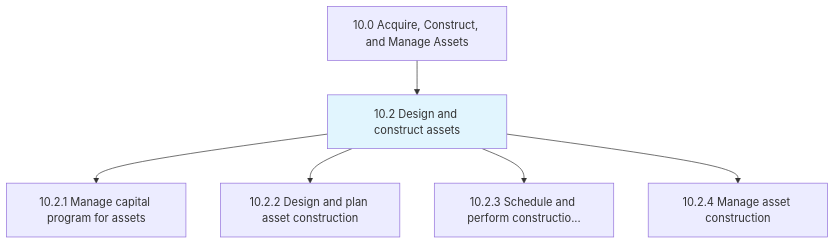
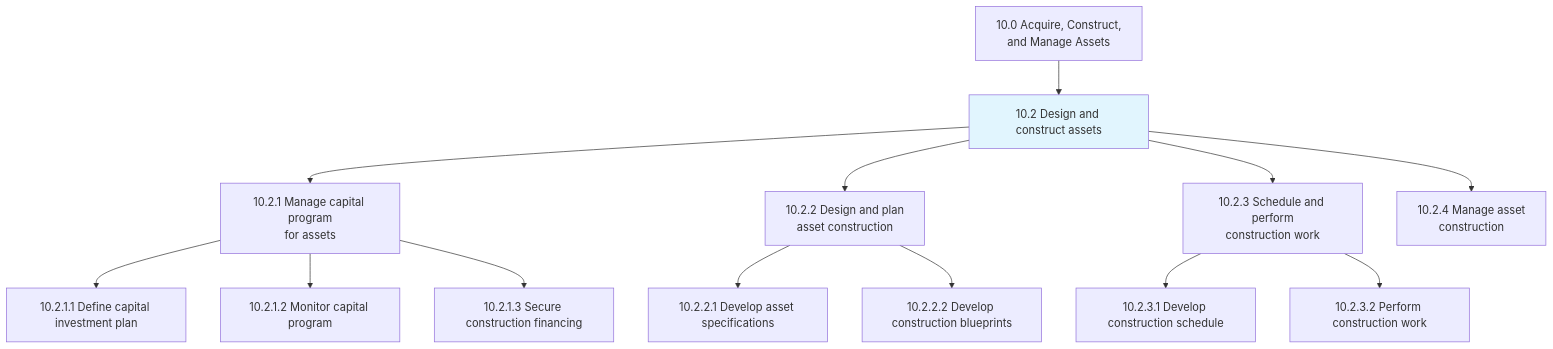
Before and after one commit to kziemski/business.org.ai: the first of 3 diagrams in processes/10-Assets/10.2-DesignConstructAssets/index.mdx, drawn with Mermaid. The commit also changed other lines of this file and 885 other files, not shown here.

````diff
--- a/processes/10-Assets/10.2-DesignConstructAssets/index.mdx
+++ b/processes/10-Assets/10.2-DesignConstructAssets/index.mdx
@@ -25,10 +25,21 @@
 ```mermaid
 graph TD
-    C10["10.0 Acquire, Construct, and Manage Assets"]
-    C10 --> N10_2["10.2 Design and construct assets"]
-    style N10_2 fill:#e1f5fe
-    N10_2 --> N10_2_1["10.2.1 Manage capital program for assets"]
-    N10_2 --> N10_2_2["10.2.2 Design and plan asset construction"]
-    N10_2 --> N10_2_3["10.2.3 Schedule and perform constructio..."]
-    N10_2 --> N10_2_4["10.2.4 Manage asset construction"]
+    C10["10.0 Acquire, Construct,<br/>and Manage Assets"] --> G102["10.2 Design and construct assets"]
+
+    G102 --> P1021["10.2.1 Manage capital program<br/>for assets"]
+    G102 --> P1022["10.2.2 Design and plan<br/>asset construction"]
+    G102 --> P1023["10.2.3 Schedule and perform<br/>construction work"]
+    G102 --> P1024["10.2.4 Manage asset<br/>construction"]
+
+    P1021 --> A10211["10.2.1.1 Define capital investment plan"]
+    P1021 --> A10212["10.2.1.2 Monitor capital program"]
+    P1021 --> A10213["10.2.1.3 Secure construction financing"]
+
+    P1022 --> A10221["10.2.2.1 Develop asset specifications"]
+    P1022 --> A10222["10.2.2.2 Develop construction blueprints"]
+
+    P1023 --> A10231["10.2.3.1 Develop construction schedule"]
+    P1023 --> A10232["10.2.3.2 Perform construction work"]
+
+    style G102 fill:#e1f5fe
 ```
````
